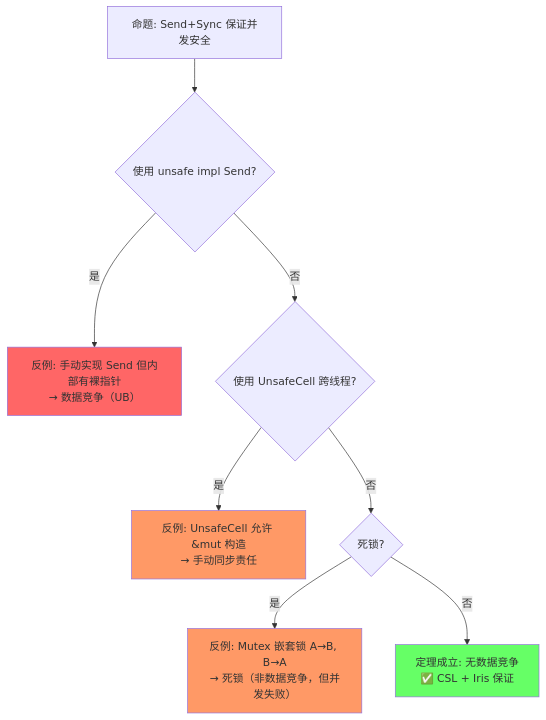
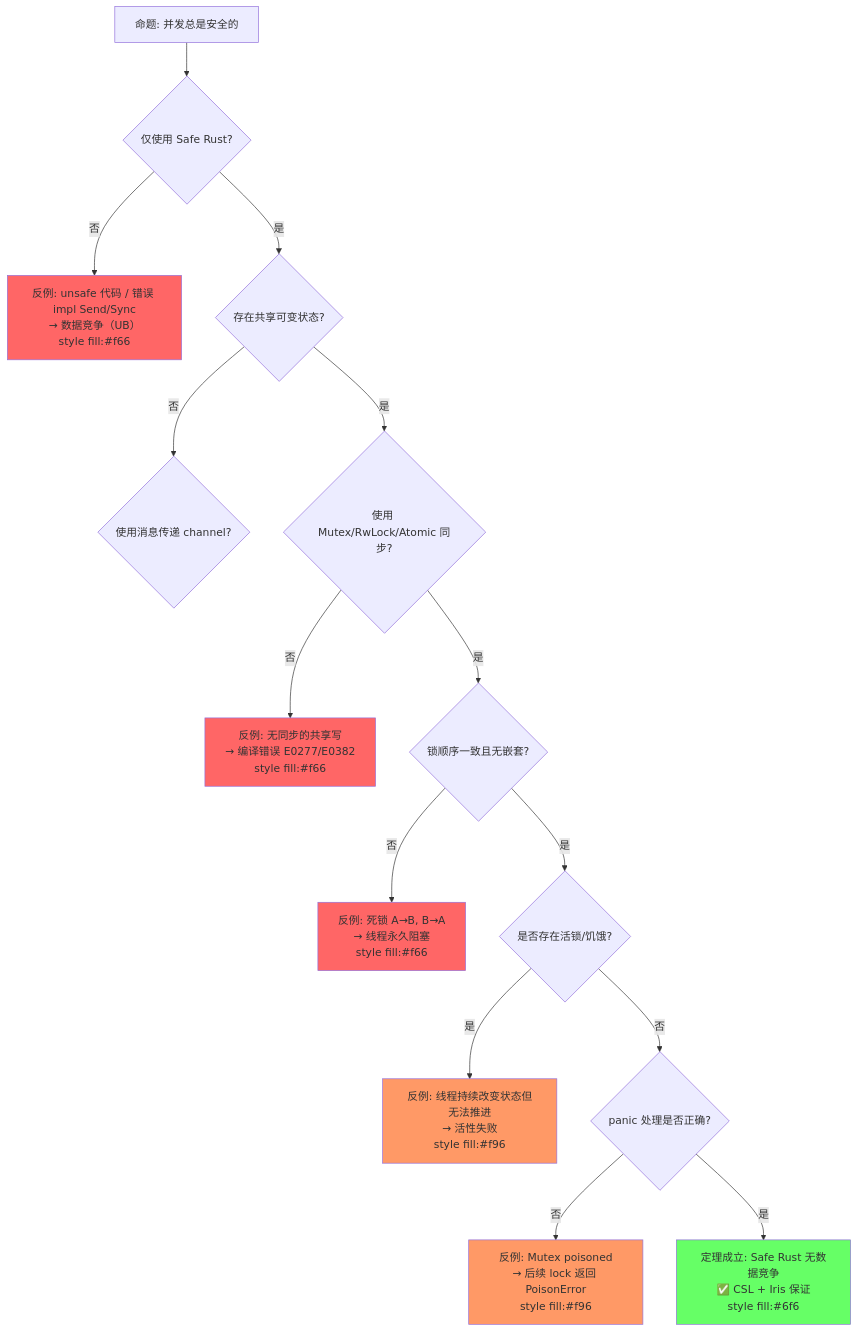
Before and after one commit to martin-ly/rust-lang: the fourth of 6 diagrams in concept/03_advanced/01_concurrency.md, drawn with Mermaid. The commit also changed other lines of this file and 20 other files, not shown here.

````diff
--- a/concept/03_advanced/01_concurrency.md
+++ b/concept/03_advanced/01_concurrency.md
@@ -415,15 +518,23 @@
 ```mermaid
 graph TD
-    P["命题: Send+Sync 保证并发安全"] --> Q1{"使用 unsafe impl Send?"}
-    Q1 -->|是| F1["反例: 手动实现 Send 但内部有裸指针<br/>→ 数据竞争（UB）"]
-    Q1 -->|否| Q2{"使用 UnsafeCell 跨线程?"}
-    Q2 -->|是| F2["反例: UnsafeCell 允许 &mut 构造<br/>→ 手动同步责任"]
-    Q2 -->|否| Q3{"死锁?"}
-    Q3 -->|是| F3["反例: Mutex 嵌套锁 A→B, B→A<br/>→ 死锁（非数据竞争，但并发失败）"]
-    Q3 -->|否| T["定理成立: 无数据竞争<br/>✅ CSL + Iris 保证"]
+    P["命题: 并发总是安全的"] --> Q1{"仅使用 Safe Rust?"}
+    Q1 -->|否| F1["反例: unsafe 代码 / 错误 impl Send/Sync<br/>→ 数据竞争（UB）<br/>style fill:#f66"]
+    Q1 -->|是| Q2{"存在共享可变状态?"}
+    Q2 -->|否| Q3{"使用消息传递 channel?"}
+    Q2 -->|是| Q4{"使用 Mutex/RwLock/Atomic 同步?"}
+    Q4 -->|否| F2["反例: 无同步的共享写<br/>→ 编译错误 E0277/E0382<br/>style fill:#f66"]
+    Q4 -->|是| Q5{"锁顺序一致且无嵌套?"}
+    Q5 -->|否| F3["反例: 死锁 A→B, B→A<br/>→ 线程永久阻塞<br/>style fill:#f66"]
+    Q5 -->|是| Q6{"是否存在活锁/饥饿?"}
+    Q6 -->|是| F4["反例: 线程持续改变状态但无法推进<br/>→ 活性失败<br/>style fill:#f96"]
+    Q6 -->|否| Q7{"panic 处理是否正确?"}
+    Q7 -->|否| F5["反例: Mutex poisoned<br/>→ 后续 lock 返回 PoisonError<br/>style fill:#f96"]
+    Q7 -->|是| T1["定理成立: Safe Rust 无数据竞争<br/>✅ CSL + Iris 保证<br/>style fill:#6f6"]
 
     style F1 fill:#f66
-    style F2 fill:#f96
-    style F3 fill:#f96
-    style T fill:#6f6
+    style F2 fill:#f66
+    style F3 fill:#f66
+    style F4 fill:#f96
+    style F5 fill:#f96
+    style T1 fill:#6f6
 ```
````
